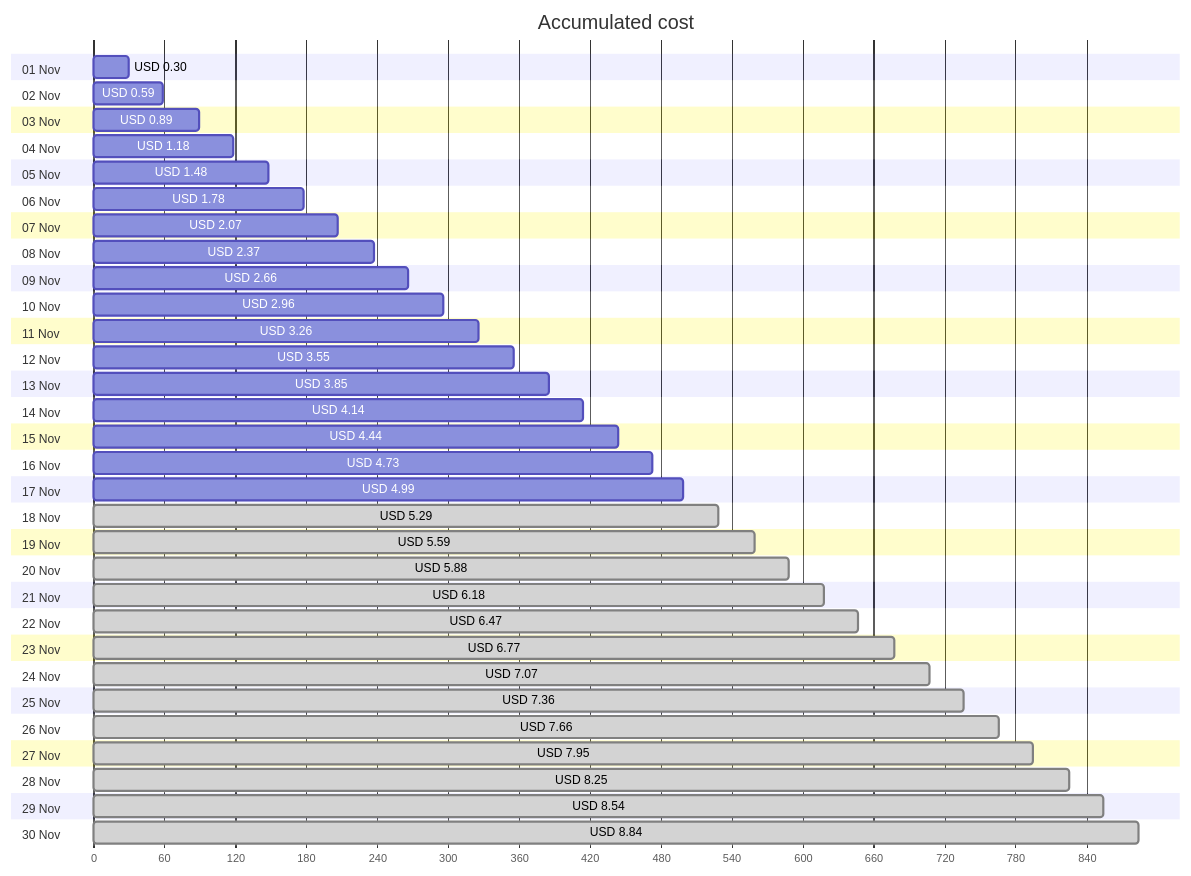
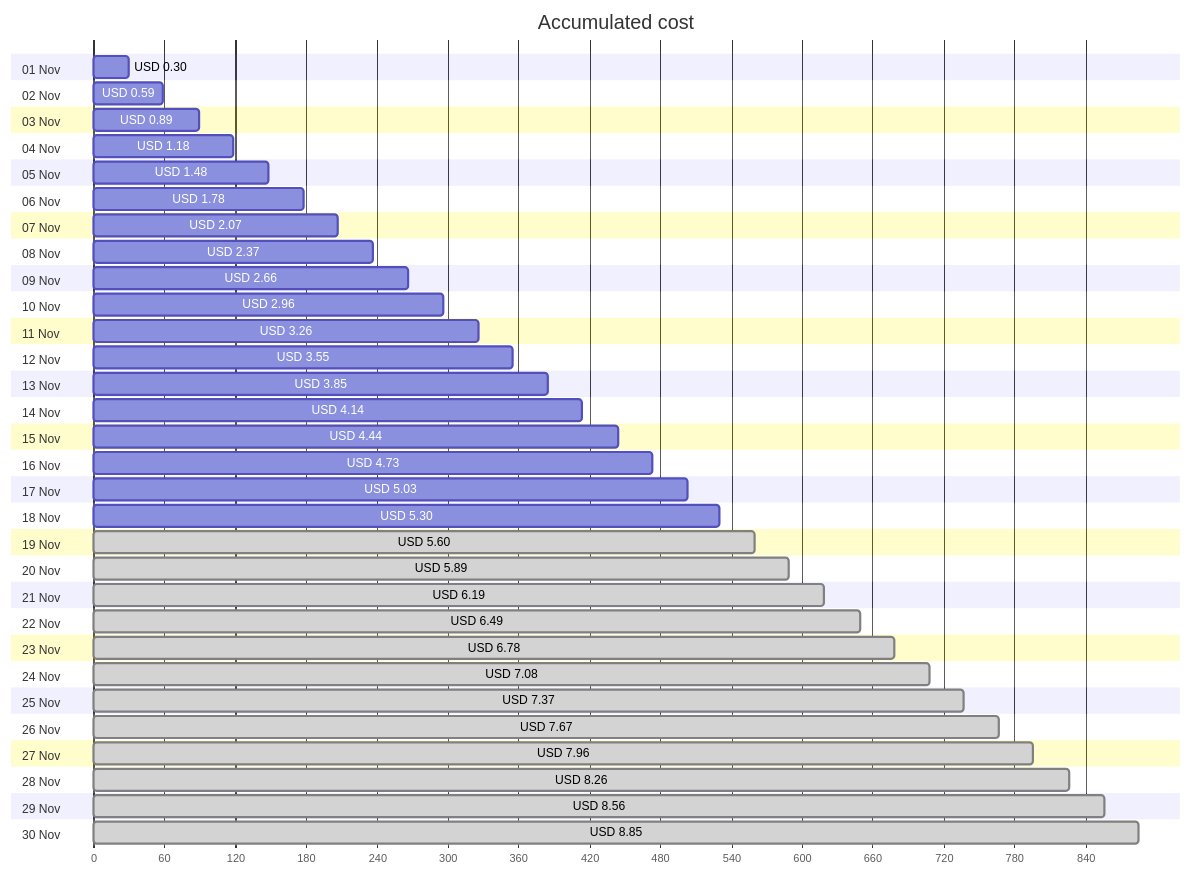
Before and after one commit to jpfulton/azure-personal-reports: the first of 4 diagrams in cost-reports/personal-site/personal-site-preview.md, drawn with Mermaid. The commit also changed other lines of this file and 6 other files, not shown here.

````diff
--- a/cost-reports/personal-site/personal-site-preview.md
+++ b/cost-reports/personal-site/personal-site-preview.md
@@ -20,66 +20,66 @@
 ```mermaid
 gantt
    title Accumulated cost
    dateFormat  X
    axisFormat %s
    section 01 Nov
    USD 0.30 :0, 30
    section 02 Nov
    USD 0.59 :0, 59
    section 03 Nov
    USD 0.89 :0, 89
    section 04 Nov
    USD 1.18 :0, 118
    section 05 Nov
    USD 1.48 :0, 148
    section 06 Nov
    USD 1.78 :0, 178
    section 07 Nov
    USD 2.07 :0, 207
    section 08 Nov
    USD 2.37 :0, 237
    section 09 Nov
    USD 2.66 :0, 266
    section 10 Nov
    USD 2.96 :0, 296
    section 11 Nov
    USD 3.26 :0, 326
    section 12 Nov
    USD 3.55 :0, 355
    section 13 Nov
    USD 3.85 :0, 385
    section 14 Nov
    USD 4.14 :0, 414
    section 15 Nov
    USD 4.44 :0, 444
    section 16 Nov
    USD 4.73 :0, 473
    section 17 Nov
-   USD 4.99 :0, 499
+   USD 5.03 :0, 503
    section 18 Nov
-   USD 5.29 : done, 0, 529
+   USD 5.30 :0, 530
    section 19 Nov
-   USD 5.59 : done, 0, 559
+   USD 5.60 : done, 0, 560
    section 20 Nov
-   USD 5.88 : done, 0, 588
+   USD 5.89 : done, 0, 589
    section 21 Nov
-   USD 6.18 : done, 0, 618
+   USD 6.19 : done, 0, 619
    section 22 Nov
-   USD 6.47 : done, 0, 647
+   USD 6.49 : done, 0, 649
    section 23 Nov
-   USD 6.77 : done, 0, 677
+   USD 6.78 : done, 0, 678
    section 24 Nov
-   USD 7.07 : done, 0, 707
+   USD 7.08 : done, 0, 708
    section 25 Nov
-   USD 7.36 : done, 0, 736
+   USD 7.37 : done, 0, 737
    section 26 Nov
-   USD 7.66 : done, 0, 766
+   USD 7.67 : done, 0, 767
    section 27 Nov
-   USD 7.95 : done, 0, 795
+   USD 7.96 : done, 0, 796
    section 28 Nov
-   USD 8.25 : done, 0, 825
+   USD 8.26 : done, 0, 826
    section 29 Nov
-   USD 8.54 : done, 0, 854
+   USD 8.56 : done, 0, 856
    section 30 Nov
-   USD 8.84 : done, 0, 884
+   USD 8.85 : done, 0, 885
 ```
````
